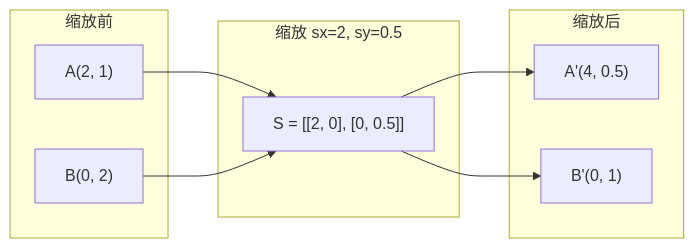
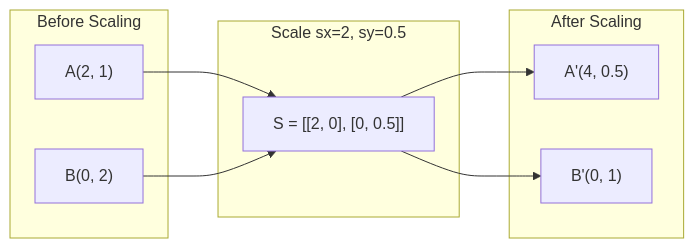
Before and after one commit to omigaZen/ai-engineering-from-scratch: the third of 7 diagrams in phases/01-math-foundations/03-matrix-transformations/docs/zh.md, drawn with Mermaid. The commit also changed other lines of this file and 32 other files, not shown here.

````diff
--- a/phases/01-math-foundations/03-matrix-transformations/docs/zh.md
+++ b/phases/01-math-foundations/03-matrix-transformations/docs/zh.md
@@ -87,16 +87,16 @@
 ```mermaid
 graph LR
-    subgraph Before["缩放前"]
+    subgraph Before["Before Scaling"]
         A["A(2, 1)"]
         B["B(0, 2)"]
     end
-    subgraph Scale["缩放 sx=2, sy=0.5"]
+    subgraph Scale["Scale sx=2, sy=0.5"]
         S["S = [[2, 0], [0, 0.5]]"]
     end
-    subgraph After["缩放后"]
+    subgraph After["After Scaling"]
         Ap["A'(4, 0.5)"]
         Bp["B'(0, 1)"]
     end
     A --> S --> Ap
     B --> S --> Bp
 ```
````
